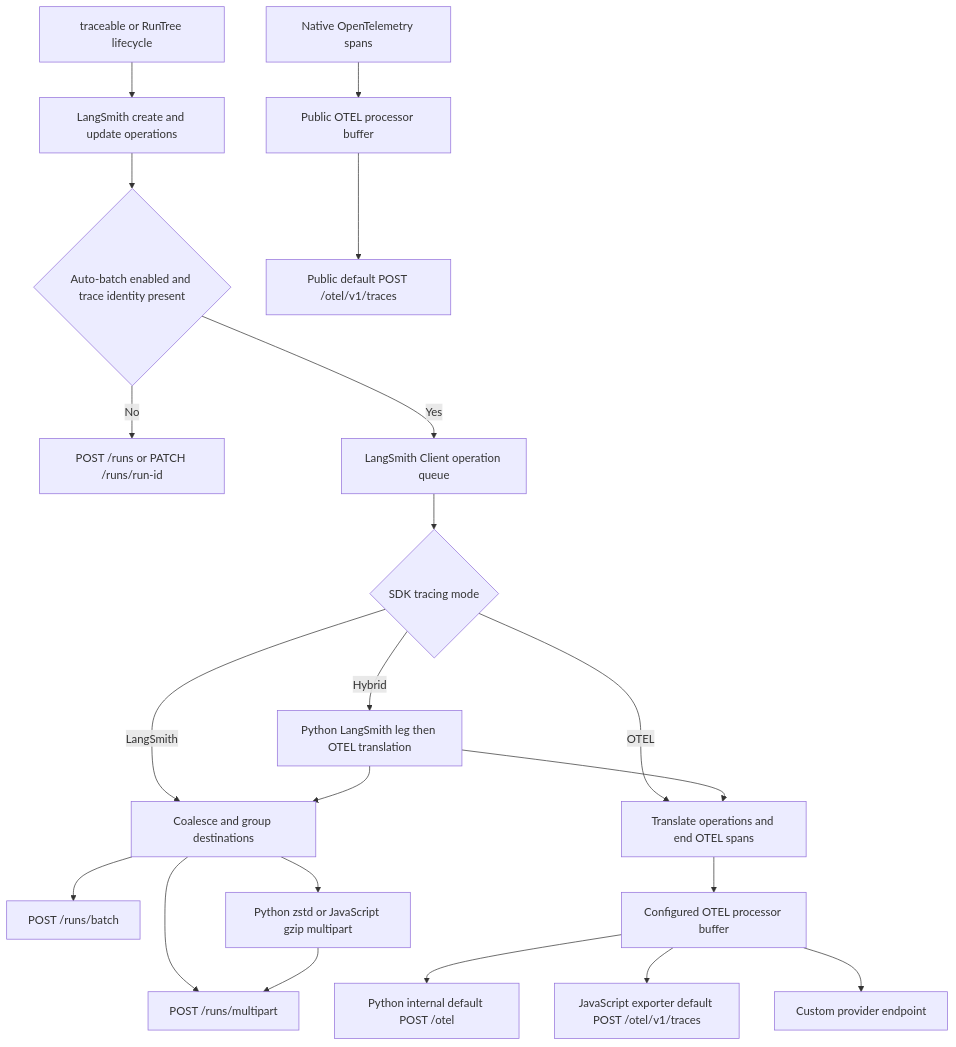
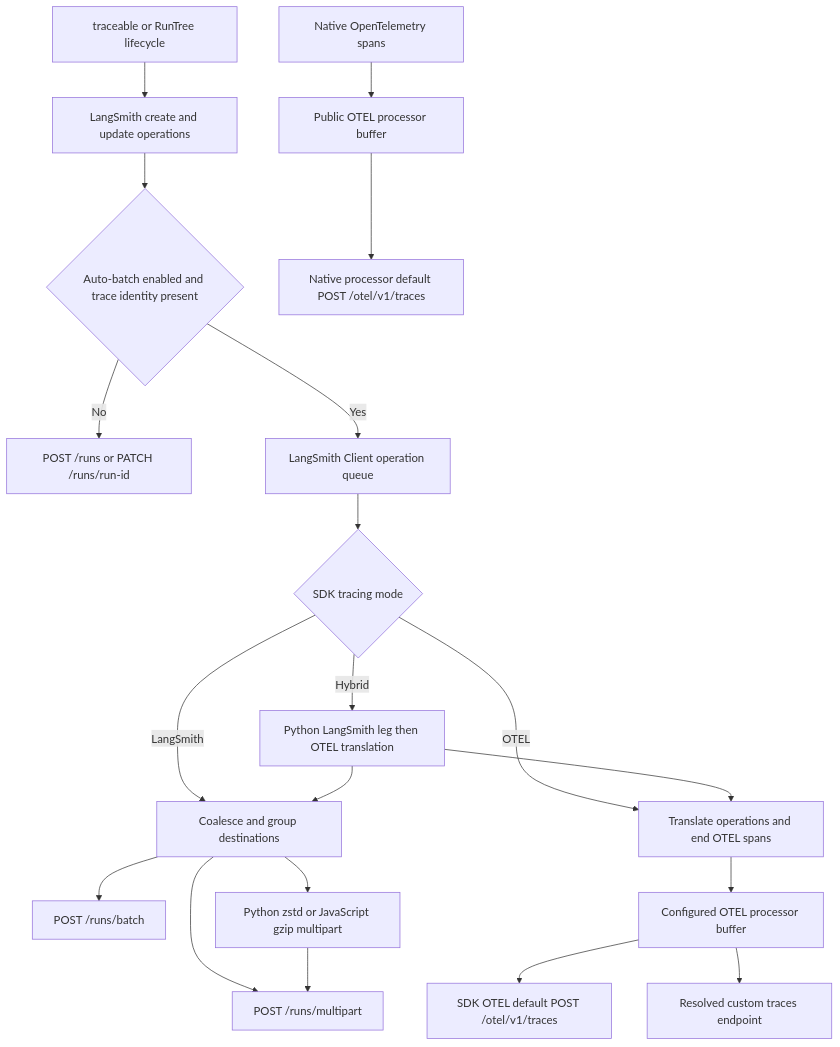
The first of 2 diagrams in openwiki/workflows/trace-capture-and-ingestion.md (langchain-ai/langsmith-sdk), drawn with Mermaid before and after one commit. The commit also changed other lines of this file and 34 other files, not shown here.

````diff
--- a/openwiki/workflows/trace-capture-and-ingestion.md
+++ b/openwiki/workflows/trace-capture-and-ingestion.md
@@ -97,23 +97,22 @@
 ```mermaid
 flowchart TD
     Cap["traceable or RunTree lifecycle"] --> Ops["LangSmith create and update operations"]
     Ops --> Ident{"Auto-batch enabled and trace identity present"}
     Ident -- No --> Direct["POST /runs or PATCH /runs/run-id"]
     Ident -- Yes --> LQ["LangSmith Client operation queue"]
     LQ --> Mode{"SDK tracing mode"}
     Mode -- LangSmith --> Batch["Coalesce and group destinations"]
     Batch --> Json["POST /runs/batch"]
     Batch --> Multi["POST /runs/multipart"]
     Batch --> Compress["Python zstd or JavaScript gzip multipart"]
     Compress --> Multi
     Mode -- OTEL --> Trans["Translate operations and end OTEL spans"]
     Mode -- Hybrid --> Hybrid["Python LangSmith leg then OTEL translation"]
     Hybrid --> Batch
     Hybrid --> Trans
     Native["Native OpenTelemetry spans"] --> Public["Public OTEL processor buffer"]
     Trans --> OProc["Configured OTEL processor buffer"]
-    OProc --> Internal["Python internal default POST /otel"]
-    OProc --> JsDefault["JavaScript exporter default POST /otel/v1/traces"]
-    OProc --> Custom["Custom provider endpoint"]
-    Public --> PublicEndpoint["Public default POST /otel/v1/traces"]
+    OProc --> Internal["SDK OTEL default POST /otel/v1/traces"]
+    OProc --> Custom["Resolved custom traces endpoint"]
+    Public --> PublicEndpoint["Native processor default POST /otel/v1/traces"]
 ```
````
